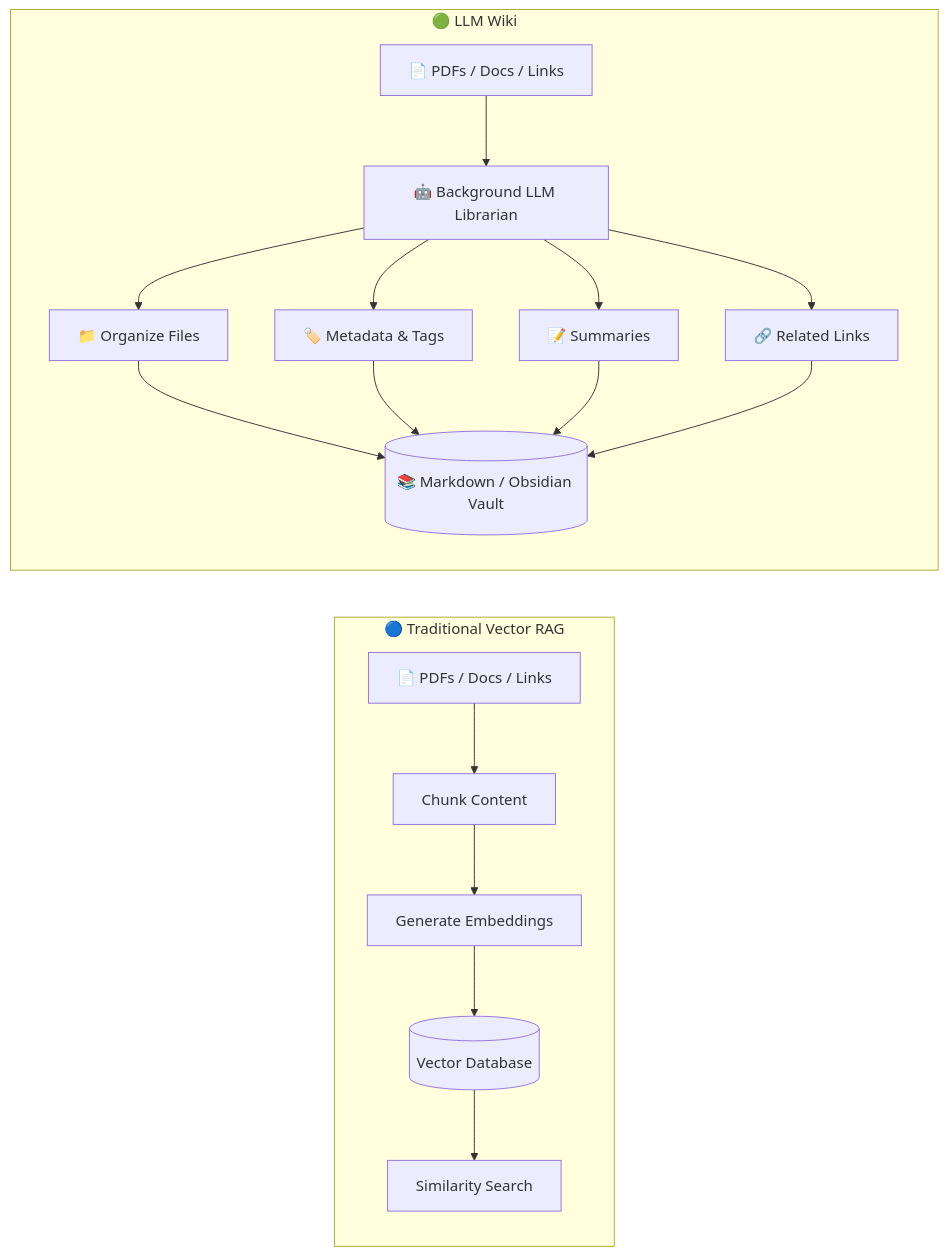
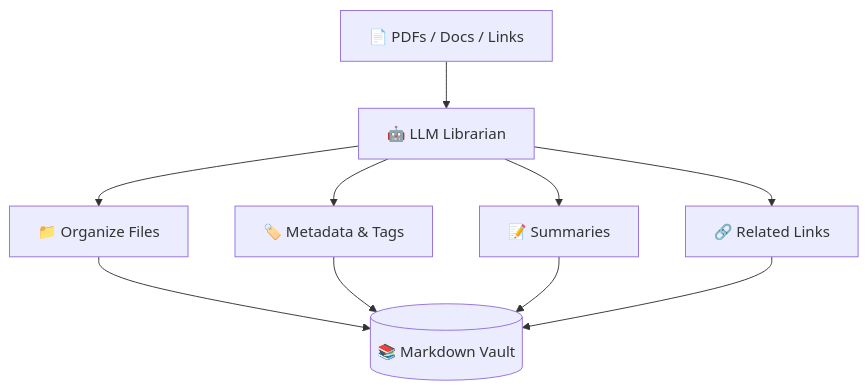
The ninth of 16 diagrams in Lecture 18 - Vectorless RAG and LLM Wiki/notes/Lecture_18_Complete_Notes.md (Amie-dev/FDE-and-GenAI-Mastery), drawn with Mermaid before and after one commit. The commit also changed other lines of this file and 6 other files, not shown here.

First line of the commit message:
Enhance Lecture 18 notes on Vectorless RAG and LLM Wiki

````diff
--- a/Lecture 18 - Vectorless RAG and LLM Wiki/notes/Lecture_18_Complete_Notes.md
+++ b/Lecture 18 - Vectorless RAG and LLM Wiki/notes/Lecture_18_Complete_Notes.md
@@ -289,22 +328,13 @@
 ```mermaid
-flowchart LR
-    subgraph VR["🔵 Traditional Vector RAG"]
-        S1["📄 PDFs / Docs / Links"]
-        S1 --> C["Chunk Content"]
-        C --> E["Generate Embeddings"]
-        E --> DB[("Vector Database")]
-        DB --> SEARCH["Similarity Search"]
-    end
-    subgraph WIKI["🟢 LLM Wiki"]
-        S2["📄 PDFs / Docs / Links"]
-        S2 --> LLM["🤖 Background LLM Librarian"]
-        LLM --> F["📁 Organize Files"]
-        LLM --> M["🏷️ Metadata & Tags"]
-        LLM --> SUM["📝 Summaries"]
-        LLM --> LINK["🔗 Related Links"]
-        F --> VAULT[("📚 Markdown / Obsidian Vault")]
-        M --> VAULT
-        SUM --> VAULT
-        LINK --> VAULT
-    end
+flowchart TD
+    S2["📄 PDFs / Docs / Links"]
+    S2 --> LLM["🤖 LLM Librarian"]
+    LLM --> F["📁 Organize Files"]
+    LLM --> M["🏷️ Metadata & Tags"]
+    LLM --> SUM["📝 Summaries"]
+    LLM --> LINK["🔗 Related Links"]
+    F --> VAULT[("📚 Markdown Vault")]
+    M --> VAULT
+    SUM --> VAULT
+    LINK --> VAULT
 ```
````
